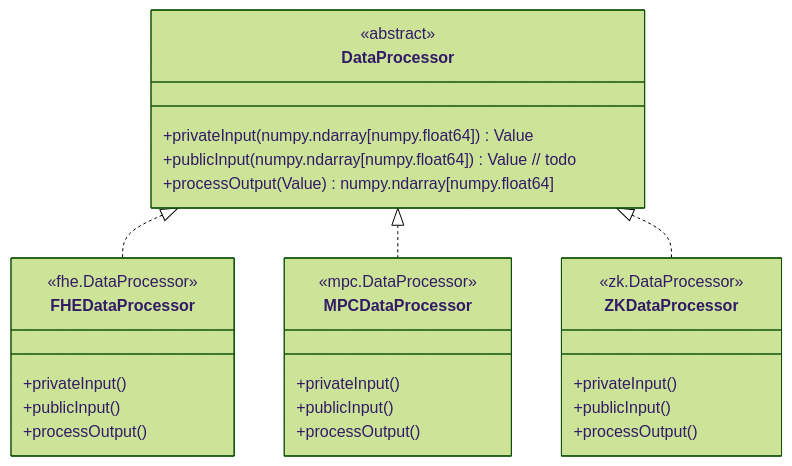
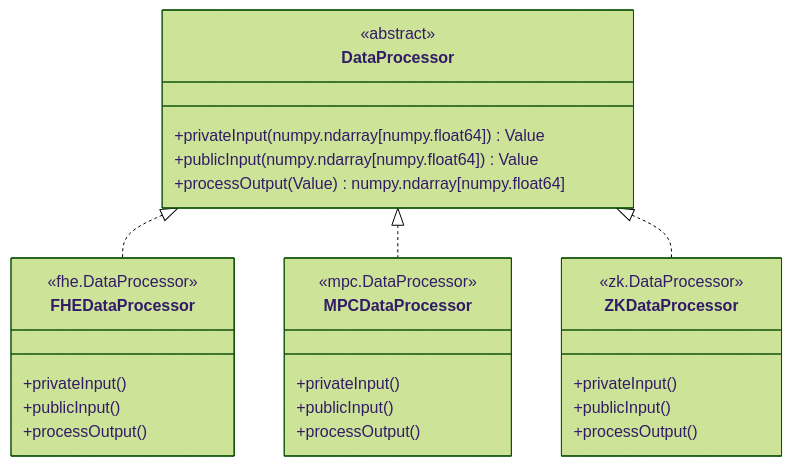
One commit to primus-labs/Aegis changed the seventh of 8 diagrams in docs/design/binding.md. Above: the diagram before and after it, drawn with Mermaid (forest theme). The commit also changed other lines of this file, not shown here.

````diff
--- a/docs/design/binding.md
+++ b/docs/design/binding.md
@@ -158,33 +159,33 @@
 ```mermaid {align="center"}
 classDiagram
   class DataProcessor {
     <<abstract>>
     +privateInput(numpy.ndarray[numpy.float64]) Value
-    +publicInput(numpy.ndarray[numpy.float64]) Value // todo
+    +publicInput(numpy.ndarray[numpy.float64]) Value
     +processOutput(Value) numpy.ndarray[numpy.float64]
   }
   
   DataProcessor <|.. FHEDataProcessor
   class FHEDataProcessor {
     <<fhe.DataProcessor>>
     +privateInput()
     +publicInput()
     +processOutput()
   }
   
   DataProcessor <|.. MPCDataProcessor
   class MPCDataProcessor {
     <<mpc.DataProcessor>>
     +privateInput()
     +publicInput()
     +processOutput()
   }
   
   DataProcessor <|.. ZKDataProcessor
   class ZKDataProcessor {
     <<zk.DataProcessor>>
     +privateInput()
     +publicInput()
     +processOutput()
   }
 ```
````
